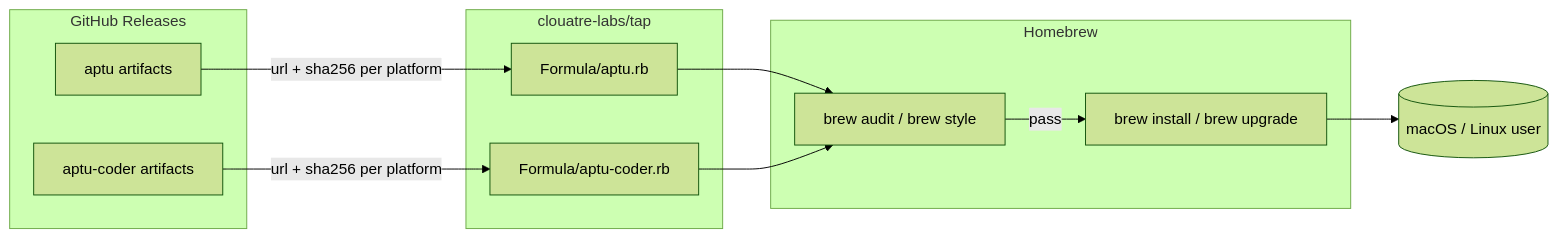
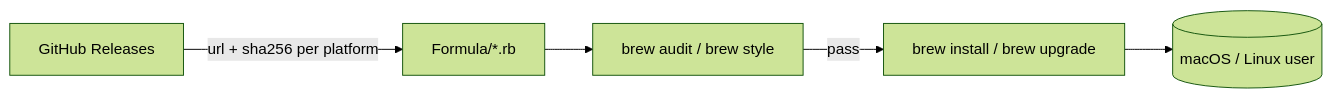
One commit to clouatre-labs/homebrew-tap changed the diagram in README.md. Above: the diagram before and after it, drawn with Mermaid (forest theme). The commit also changed other lines of this file, not shown here.

Commit message:
docs: simplify architecture diagram, keep it project-agnostic

````diff
--- a/README.md
+++ b/README.md
@@ -29,21 +29,7 @@
 ```mermaid
 flowchart LR
-    subgraph gh[GitHub Releases]
-        A[aptu artifacts]
-        C[aptu-coder artifacts]
-    end
-    subgraph tap[clouatre-labs/tap]
-        F1[Formula/aptu.rb]
-        F2[Formula/aptu-coder.rb]
-    end
-    subgraph homebrew[Homebrew]
-        B[brew audit / brew style]
-        U[brew install / brew upgrade]
-    end
-    A -->|url + sha256 per platform| F1
-    C -->|url + sha256 per platform| F2
-    F1 --> B
-    F2 --> B
-    B -->|pass| U
+    R[GitHub Releases] -->|url + sha256 per platform| F[Formula/*.rb]
+    F --> B[brew audit / brew style]
+    B -->|pass| U[brew install / brew upgrade]
     U --> User[(macOS / Linux user)]
 ```
````
